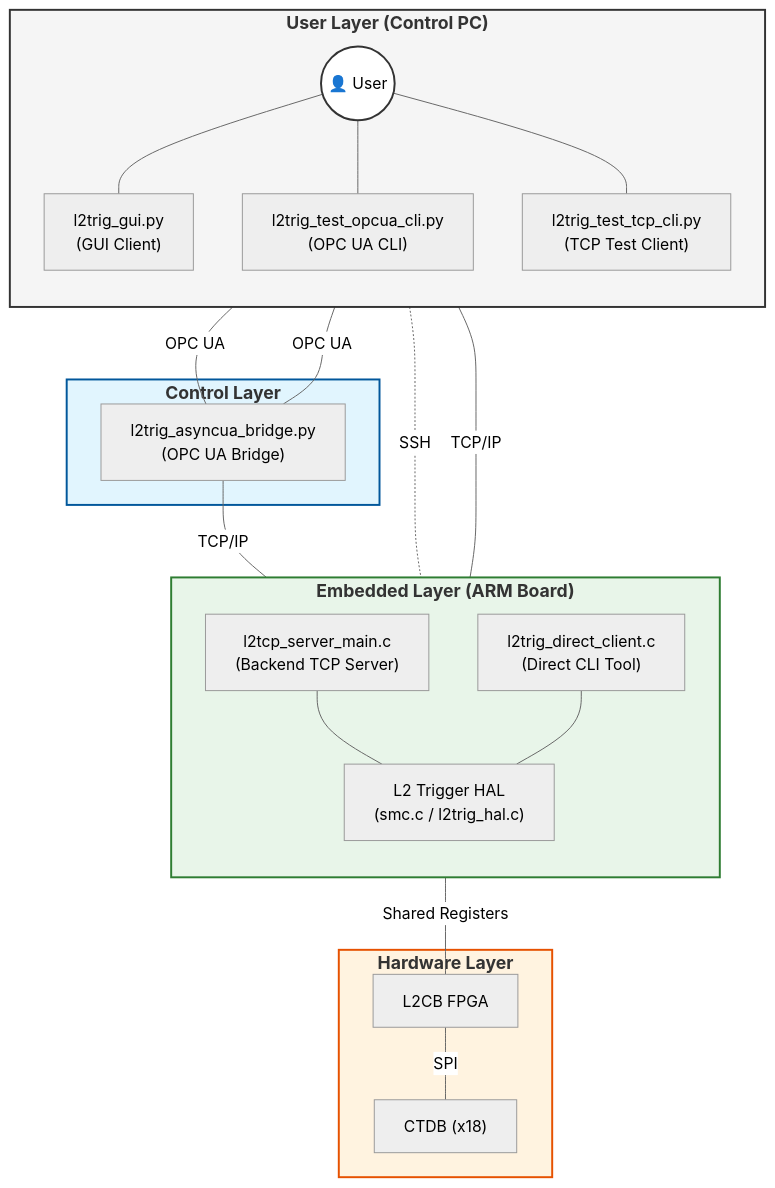
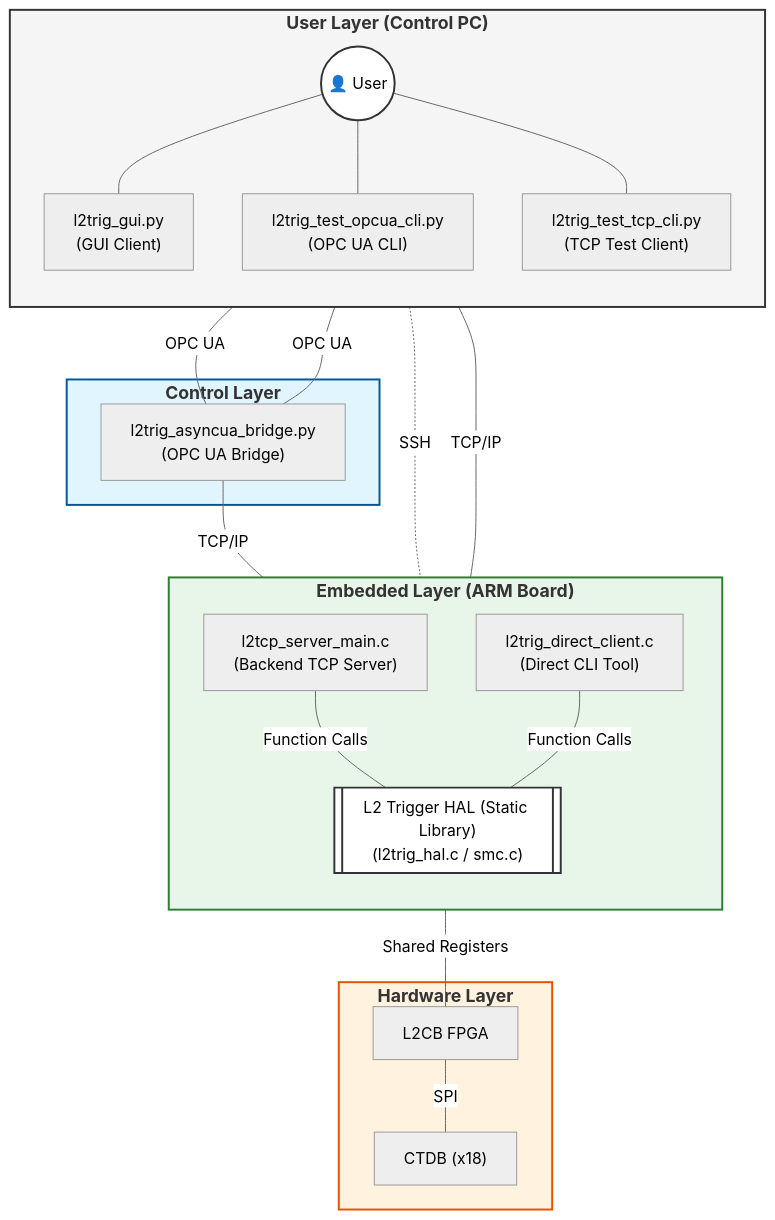
The diagram in assets/README.md (sfegan/nectarcam_dtc_opcua), drawn with Mermaid (neutral theme) before and after one commit. The commit also changed 1 other file, not shown here.

Commit message:
HAL as shared library

````diff
--- a/assets/README.md
+++ b/assets/README.md
@@ -9,54 +9,55 @@
 ```mermaid
 graph TD
     subgraph UserLayer ["<b><font size='4'>User Layer (Control PC)</font></b>"]
         direction TB
         User(("👤 User"))
         GUI["l2trig_gui.py<br/>(GUI Client)"]
         OPC_CLI["l2trig_test_opcua_cli.py<br/>(OPC UA CLI)"]
         TCP_CLI["l2trig_test_tcp_cli.py<br/>(TCP Test Client)"]
         
         %% Internal links
         User --- GUI
         User --- OPC_CLI
         User --- TCP_CLI
     end
 
     subgraph ControlLayer ["<b><font size='4'>Control Layer</font></b>"]
         Bridge["l2trig_asyncua_bridge.py<br/>(OPC UA Bridge)"]
     end
 
     subgraph EmbeddedLayer ["<b><font size='4'>Embedded Layer (ARM Board)</font></b>"]
         direction TB
         Backend["l2tcp_server_main.c<br/>(Backend TCP Server)"]
         DirectCLI["l2trig_direct_client.c<br/>(Direct CLI Tool)"]
-        HAL["L2 Trigger HAL<br/>(smc.c / l2trig_hal.c)"]
+        HAL[["L2 Trigger HAL (Static Library)<br/>(l2trig_hal.c / smc.c)"]]
         
         %% Internal links
-        Backend --- HAL
-        DirectCLI --- HAL
+        Backend ---|Function Calls| HAL
+        DirectCLI ---|Function Calls| HAL
     end
 
     subgraph HardwareLayer ["<b><font size='4'>Hardware Layer</font></b>"]
         L2CB["L2CB FPGA"]
         CTDB["CTDB (x18)"]
         
         %% Internal links
         L2CB ---|SPI| CTDB
     end
 
     %% Cross-layer links
     User -.-|SSH| DirectCLI
     GUI ---|OPC UA| Bridge
     OPC_CLI ---|OPC UA| Bridge
     Bridge ---|TCP/IP| Backend
     TCP_CLI ---|TCP/IP| Backend
     HAL ---|Shared Registers| L2CB
 
     %% Styling
     style UserLayer fill:#f5f5f5,stroke:#333,stroke-width:2px
     style ControlLayer fill:#e1f5fe,stroke:#01579b,stroke-width:2px
     style EmbeddedLayer fill:#e8f5e9,stroke:#2e7d32,stroke-width:2px
     style HardwareLayer fill:#fff3e0,stroke:#e65100,stroke-width:2px
     
     style User fill:#ffffff,stroke:#333,stroke-width:2px
+    style HAL fill:#ffffff,stroke:#333,stroke-width:2px
 ```
````
